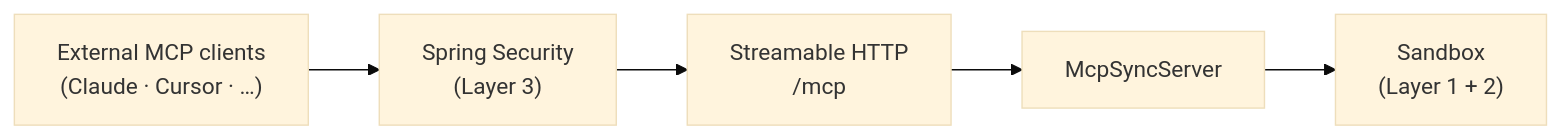
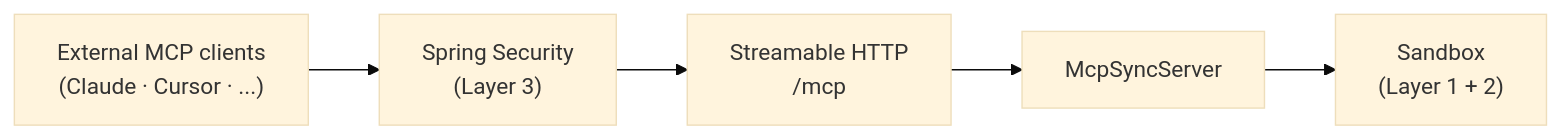
Before and after one commit to spring-ai-community/spring-ai-playground: the seventh of 7 diagrams in docs/safety-architecture.md, drawn with Mermaid (base theme). The commit also changed other lines of this file and 67 other files, not shown here.

````diff
--- a/docs/safety-architecture.md
+++ b/docs/safety-architecture.md
@@ -288,10 +288,10 @@
 ```mermaid
 flowchart LR
-    EXT["External MCP clients<br/>(Claude · Cursor · …)"]
+    EXT["External MCP clients<br/>(Claude · Cursor · ...)"]
     SEC["Spring Security<br/>(Layer 3)"]
     TRANS["Streamable HTTP<br/>/mcp"]
     SYNC["McpSyncServer"]
     SAND["Sandbox<br/>(Layer 1 + 2)"]
 
     EXT --> SEC --> TRANS --> SYNC --> SAND
 ```
````
